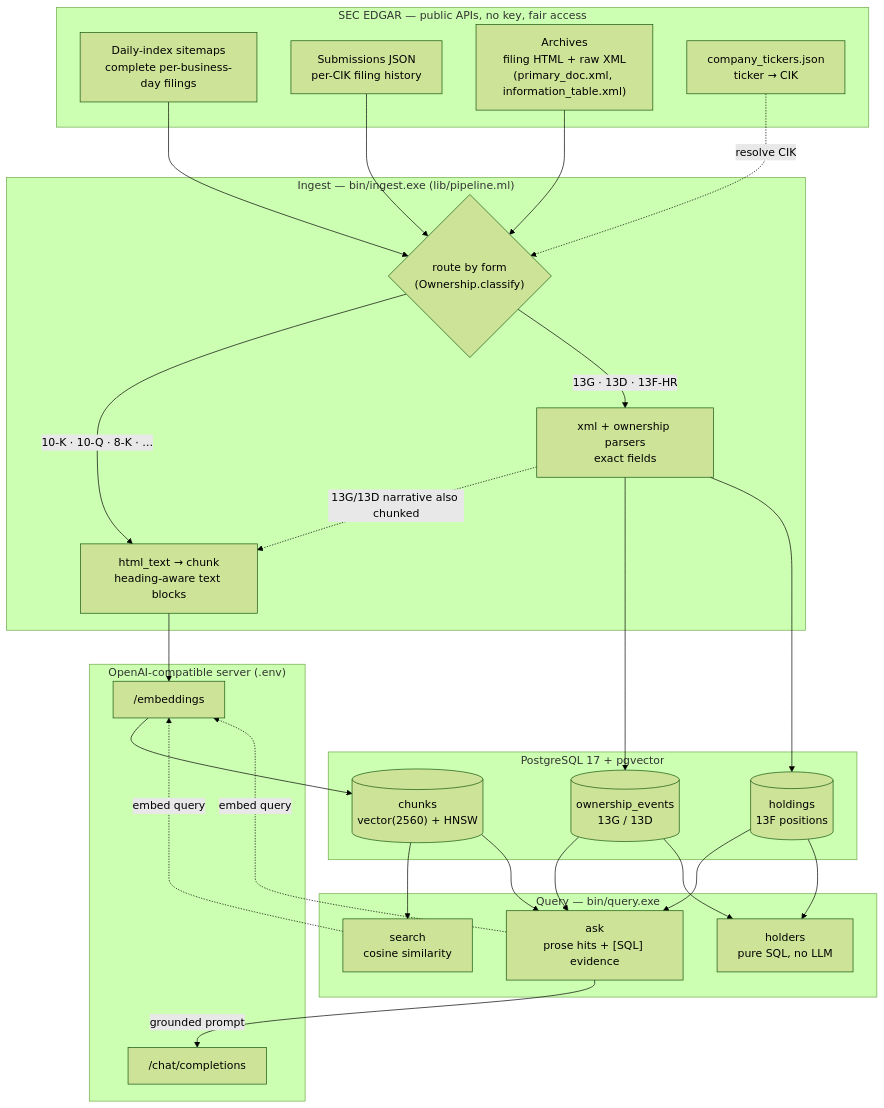
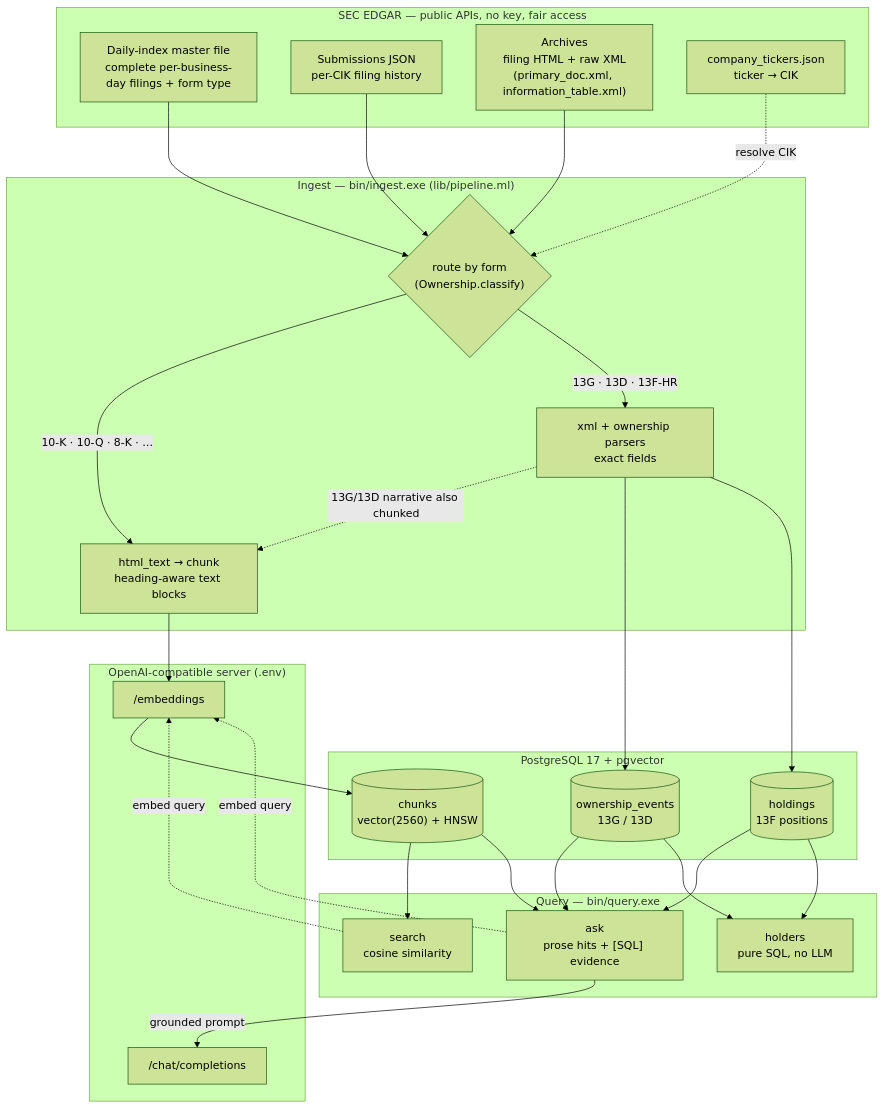
The diagram in README.md (guillaumeimbert/RAG), drawn with Mermaid (forest theme) before and after one commit. The commit also changed 24 other files, not shown here.

````diff
--- a/README.md
+++ b/README.md
@@ -19,57 +19,57 @@
 ```mermaid
 flowchart TD
     subgraph SEC["SEC EDGAR — public APIs, no key, fair access"]
-        sitemap["Daily-index sitemaps<br/>complete per-business-day filings"]
+        master["Daily-index master file<br/>complete per-business-day filings + form type"]
         subs["Submissions JSON<br/>per-CIK filing history"]
         arch["Archives<br/>filing HTML + raw XML<br/>(primary_doc.xml, information_table.xml)"]
         tick["company_tickers.json<br/>ticker → CIK"]
     end
 
     subgraph ING["Ingest — bin/ingest.exe (lib/pipeline.ml)"]
         route{"route by form<br/>(Ownership.classify)"}
         prose["html_text → chunk<br/>heading-aware text blocks"]
         own["xml + ownership parsers<br/>exact fields"]
     end
 
     subgraph OAI["OpenAI-compatible server (.env)"]
         emb["/embeddings"]
         chat["/chat/completions"]
     end
 
     subgraph DB["PostgreSQL 17 + pgvector"]
         chunks[("chunks<br/>vector(2560) + HNSW")]
         events[("ownership_events<br/>13G / 13D")]
         holdings[("holdings<br/>13F positions")]
     end
 
     subgraph QRY["Query — bin/query.exe"]
         search["search<br/>cosine similarity"]
         ask["ask<br/>prose hits + [SQL] evidence"]
         holders["holders<br/>pure SQL, no LLM"]
     end
 
-    sitemap --> route
+    master --> route
     subs --> route
     arch --> route
     tick -.->|resolve CIK| route
 
     route -->|"10-K · 10-Q · 8-K · …"| prose
     route -->|"13G · 13D · 13F-HR"| own
     own -.->|"13G/13D narrative also chunked"| prose
 
     prose --> emb
     emb --> chunks
     own --> events
     own --> holdings
 
     chunks --> search
     chunks --> ask
     events --> ask
     holdings --> ask
     events --> holders
     holdings --> holders
 
     search -.->|"embed query"| emb
     ask -.->|"embed query"| emb
     ask -->|"grounded prompt"| chat
 ```
````
